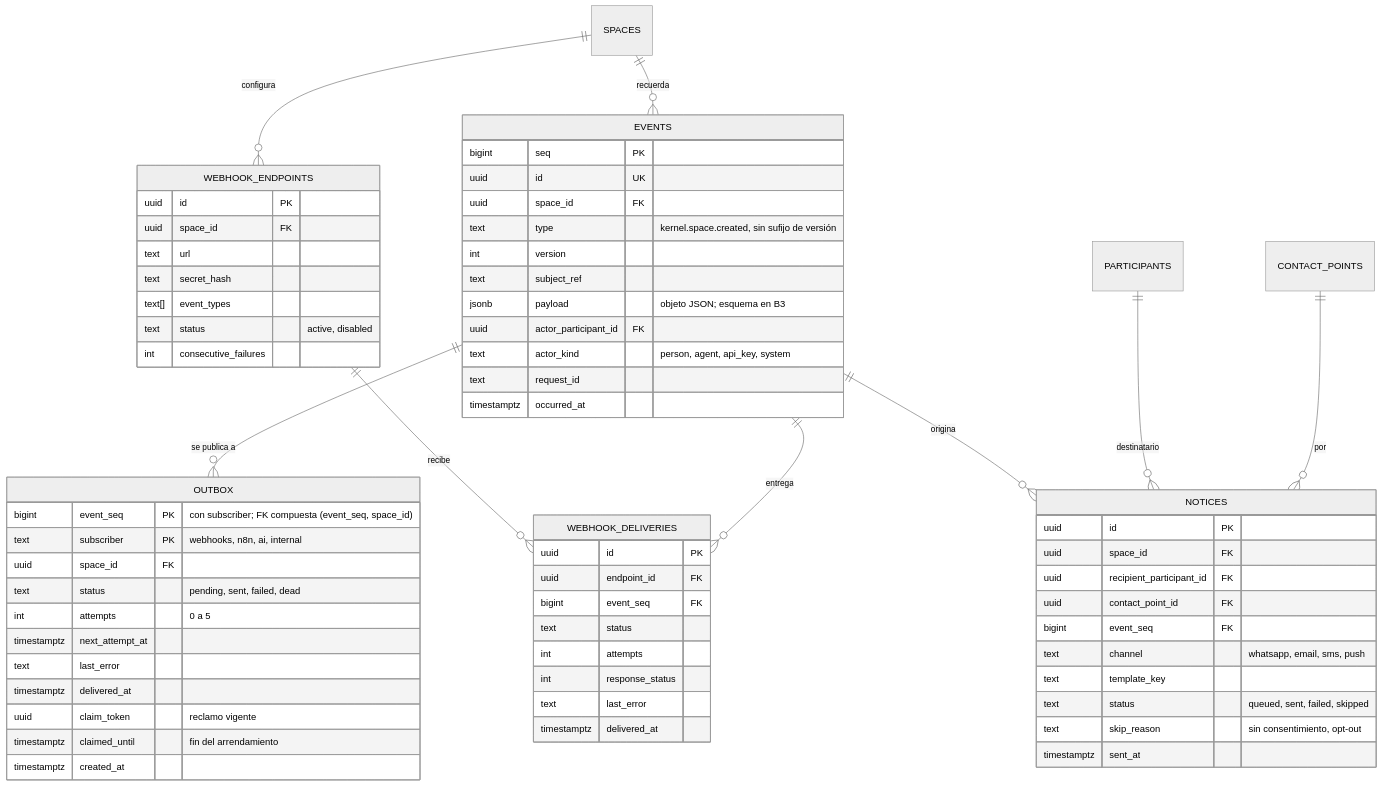
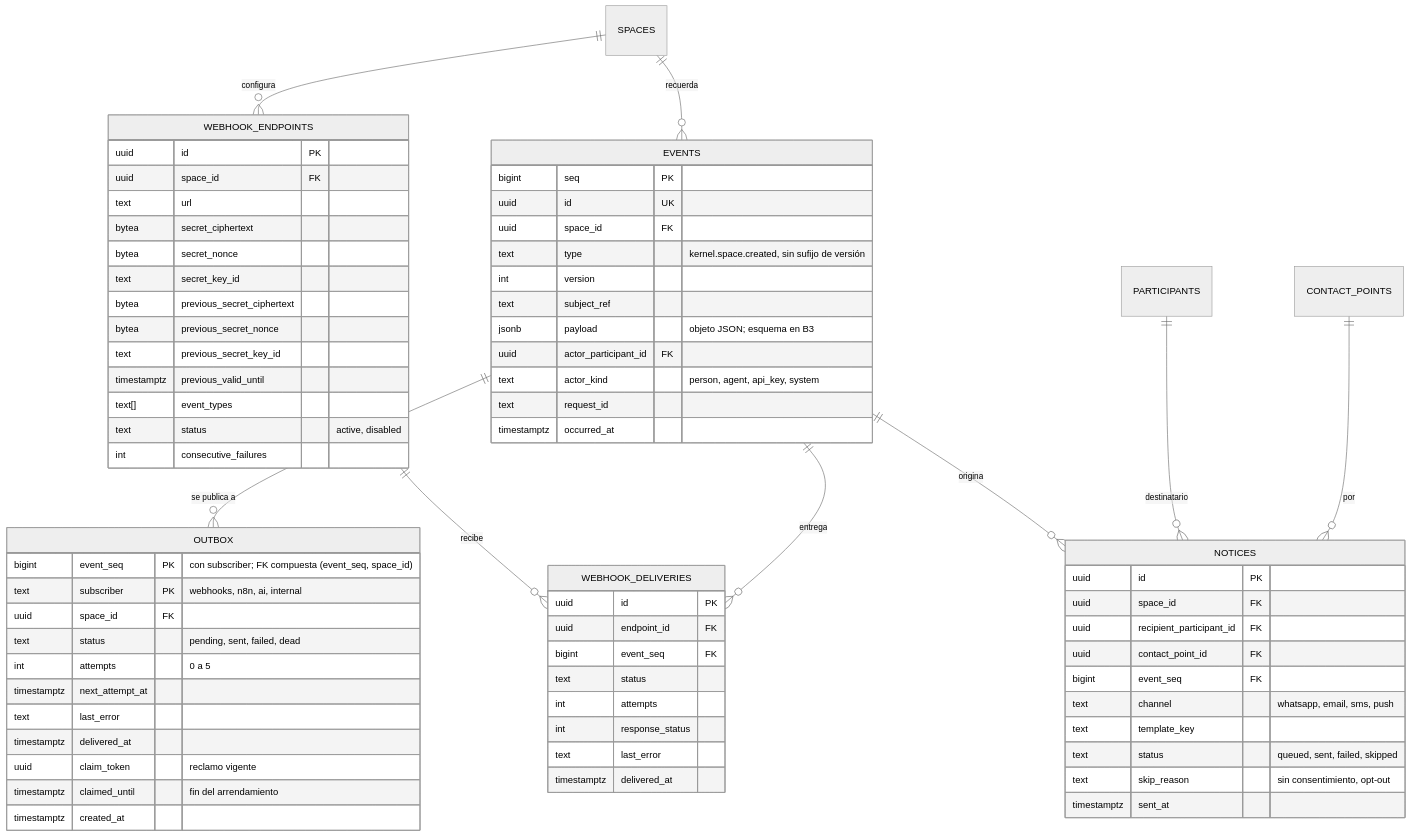
One commit to NexusThrive/nexusthrive changed the fourth of 5 diagrams in docs/02-arquitectura/modelo-de-datos/kernel.md. Above: the diagram before and after it, drawn with Mermaid (neutral theme). The commit also changed other lines of this file and 7 other files, not shown here.

````diff
--- a/docs/02-arquitectura/modelo-de-datos/kernel.md
+++ b/docs/02-arquitectura/modelo-de-datos/kernel.md
@@ -281,69 +283,75 @@
 ```mermaid
 erDiagram
     SPACES ||--o{ EVENTS : "recuerda"
     EVENTS ||--o{ OUTBOX : "se publica a"
     SPACES ||--o{ WEBHOOK_ENDPOINTS : "configura"
     WEBHOOK_ENDPOINTS ||--o{ WEBHOOK_DELIVERIES : "recibe"
     EVENTS ||--o{ WEBHOOK_DELIVERIES : "entrega"
     EVENTS ||--o{ NOTICES : "origina"
     PARTICIPANTS ||--o{ NOTICES : "destinatario"
     CONTACT_POINTS ||--o{ NOTICES : "por"
 
     EVENTS {
         bigint seq PK
         uuid id UK
         uuid space_id FK
         text type "kernel.space.created, sin sufijo de versión"
         int version
         text subject_ref
         jsonb payload "objeto JSON; esquema en B3"
         uuid actor_participant_id FK
         text actor_kind "person, agent, api_key, system"
         text request_id
         timestamptz occurred_at
     }
     OUTBOX {
         bigint event_seq PK "con subscriber; FK compuesta (event_seq, space_id)"
         text subscriber PK "webhooks, n8n, ai, internal"
         uuid space_id FK
         text status "pending, sent, failed, dead"
         int attempts "0 a 5"
         timestamptz next_attempt_at
         text last_error
         timestamptz delivered_at
         uuid claim_token "reclamo vigente"
         timestamptz claimed_until "fin del arrendamiento"
         timestamptz created_at
     }
     WEBHOOK_ENDPOINTS {
         uuid id PK
         uuid space_id FK
         text url
-        text secret_hash
+        bytea secret_ciphertext
+        bytea secret_nonce
+        text secret_key_id
+        bytea previous_secret_ciphertext
+        bytea previous_secret_nonce
+        text previous_secret_key_id
+        timestamptz previous_valid_until
         text[] event_types
         text status "active, disabled"
         int consecutive_failures
     }
     WEBHOOK_DELIVERIES {
         uuid id PK
         uuid endpoint_id FK
         bigint event_seq FK
         text status
         int attempts
         int response_status
         text last_error
         timestamptz delivered_at
     }
     NOTICES {
         uuid id PK
         uuid space_id FK
         uuid recipient_participant_id FK
         uuid contact_point_id FK
         bigint event_seq FK
         text channel "whatsapp, email, sms, push"
         text template_key
         text status "queued, sent, failed, skipped"
         text skip_reason "sin consentimiento, opt-out"
         timestamptz sent_at
     }
 ```
````
